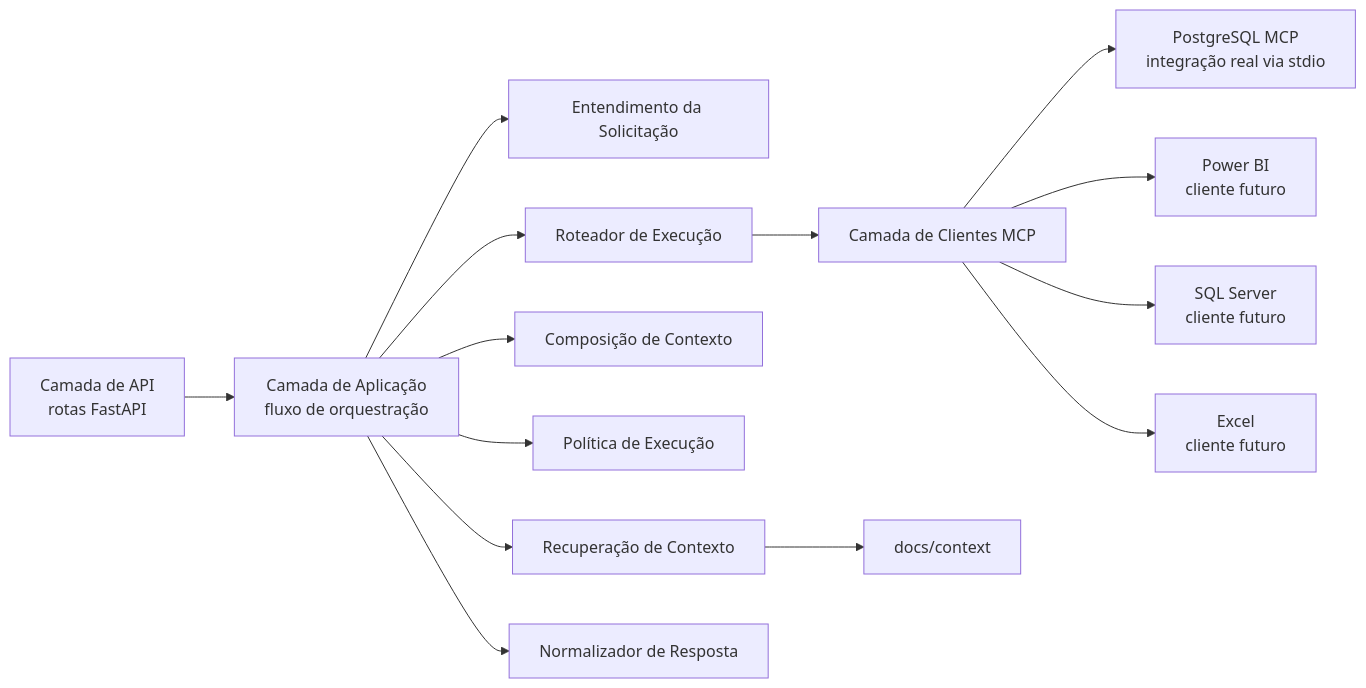
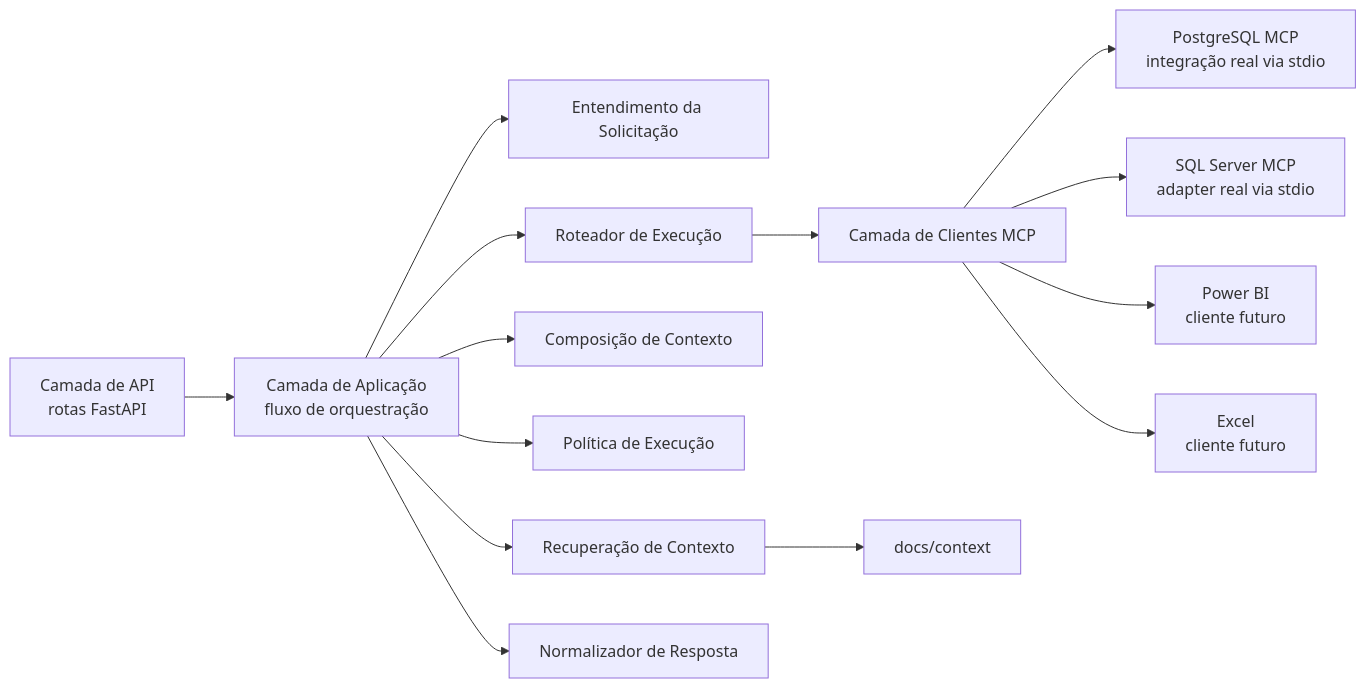
Before and after one commit to leduardoaraujo/Orquestra-MCP: the second of 6 diagrams in docs/architecture/implementation-status.md, drawn with Mermaid. The commit also changed other lines of this file and 9 other files, not shown here.

Commit message:
Add SQL Server relational MCP client

````diff
--- a/docs/architecture/implementation-status.md
+++ b/docs/architecture/implementation-status.md
@@ -65,19 +78,19 @@
 ```mermaid
 flowchart LR
     API["Camada de API<br/>rotas FastAPI"] --> APP["Camada de Aplicação<br/>fluxo de orquestração"]
 
     APP --> UNDERSTANDING["Entendimento da Solicitação"]
     APP --> RETRIEVAL["Recuperação de Contexto"]
     APP --> COMPOSER["Composição de Contexto"]
     APP --> POLICY["Política de Execução"]
     APP --> ROUTER["Roteador de Execução"]
     APP --> NORMALIZER["Normalizador de Resposta"]
 
     ROUTER --> CLIENTS["Camada de Clientes MCP"]
     CLIENTS --> PG["PostgreSQL MCP<br/>integração real via stdio"]
+    CLIENTS --> SQLS["SQL Server MCP<br/>adapter real via stdio"]
     CLIENTS --> PBI["Power BI<br/>cliente futuro"]
-    CLIENTS --> SQLS["SQL Server<br/>cliente futuro"]
     CLIENTS --> EXCEL["Excel<br/>cliente futuro"]
 
     RETRIEVAL --> DOCS["docs/context"]
 ```
````
